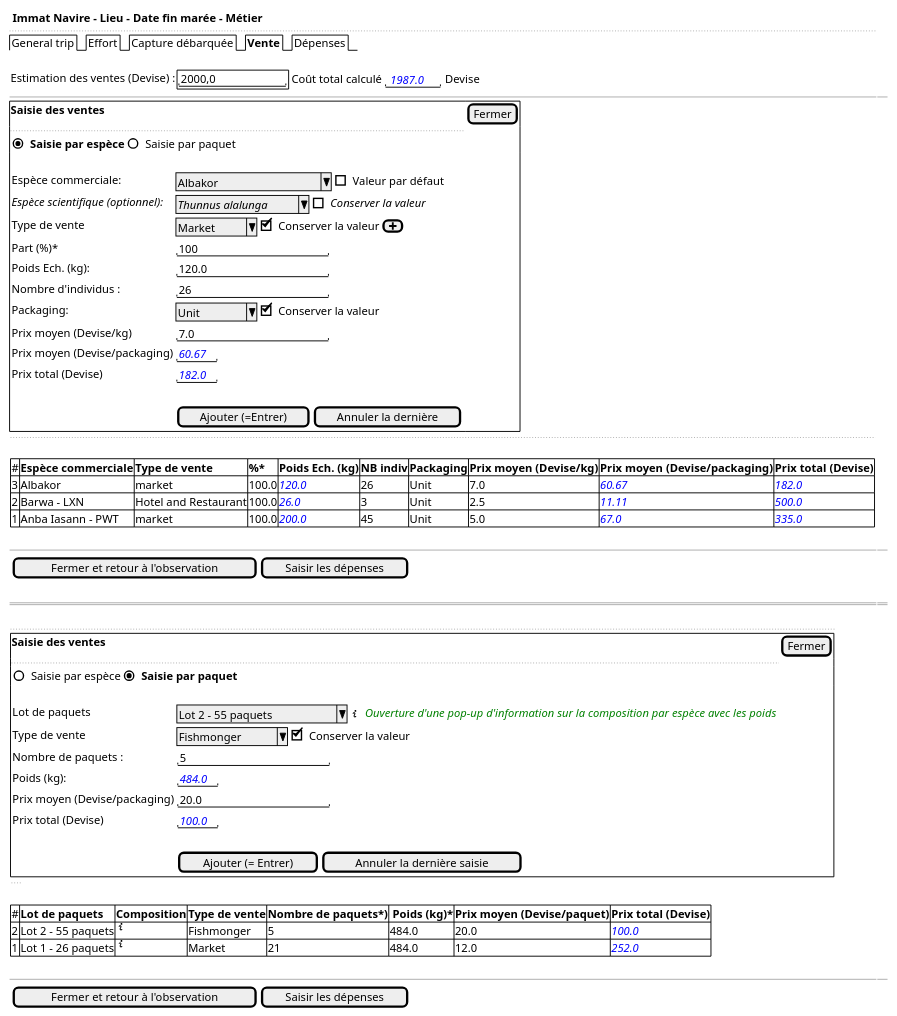
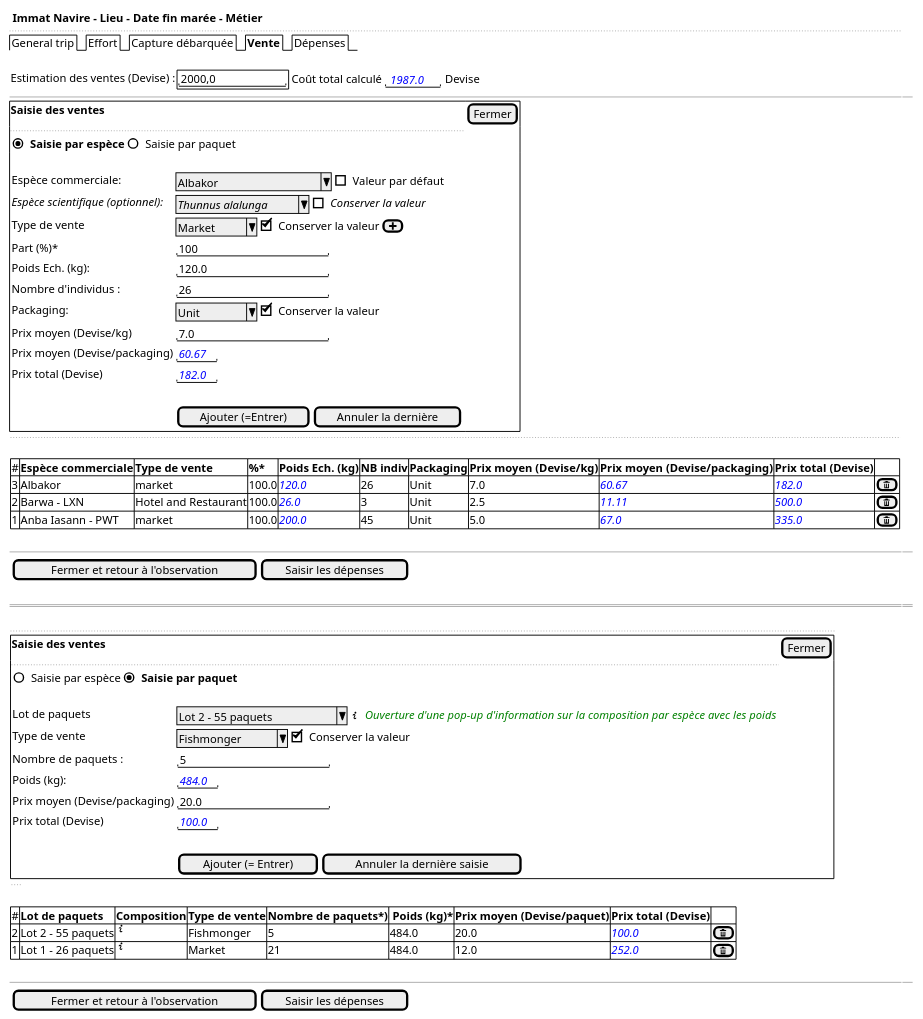
The diagram in use-case/collect/sales-expenses/landing-ui-sales-tablet.puml (sumaris-net/sumaris-doc), drawn with PlantUML before and after one commit. The commit also changed 20 other files, not shown here.

```diff
--- a/use-case/collect/sales-expenses/landing-ui-sales-tablet.puml
+++ b/use-case/collect/sales-expenses/landing-ui-sales-tablet.puml
@@ -1,77 +1,77 @@
 @startsalt
 {
   <b> Immat Navire - Lieu - Date fin marée - Métier
   ..
   {/ General trip | Effort | Capture débarquée | <b>Vente | Dépenses }
   .
   {Estimation des ventes (Devise) : {+"   2000,0     " } | {Coût total calculé  {"<color:blue><i> 1987.0"} Devise }}
   -- | --
   {+
     <b>Saisie des ventes | [Fermer]
     ..
     {(X) <b>Saisie par espèce | () Saisie par paquet }
     {
         .
         Espèce commerciale:                   | { ^Albakor            ^ | [] Valeur par défaut }
         <i>Espèce scientifique (optionnel):   | { ^<i>Thunnus alalunga^ | [] <i>Conserver la valeur }
         Type de vente                   | { ^Market   ^ | [X] Conserver la valeur | [<&plus>]}
         Part (%)* | { "  100               " }
         Poids Ech. (kg):                | { "     120.0          "  }
         Nombre d'individus :            | { "      26            "  }
         Packaging:                      | { ^Unit     ^ | [X] Conserver la valeur }
         Prix moyen (Devise/kg)          | { "               7.0  "  }
         Prix moyen (Devise/packaging)   | { "<color:blue><i>60.67"  }
         Prix total (Devise)             | { "<color:blue><i>182.0"  }
         .
         . |  {[Ajouter (=Entrer)] | [Annuler la dernière]}
     }
   }
     {
   ..
   .
       {#
-          # | <b>Espèce commerciale | <b>Type de vente     | <b>%* | <b>Poids Ech. (kg) | <b>NB indiv    | <b>Packaging | <b>Prix moyen (Devise/kg) | <b>Prix moyen (Devise/packaging) | <b>Prix total (Devise)
-          3 | Albakor               | market               | 100.0 | <color:blue><i>120.0           | 26 | Unit         | 7.0 | <color:blue><i>60.67 | <color:blue><i>182.0
-          2 | Barwa - LXN           | Hotel and Restaurant | 100.0 | <color:blue><i>26.0            | 3  | Unit         | 2.5 | <color:blue><i>11.11 | <color:blue><i>500.0
-          1 | Anba Iasann - PWT     | market               | 100.0 | <color:blue><i>200.0           | 45 | Unit         | 5.0 | <color:blue><i>67.0  | <color:blue><i>335.0
+          # | <b>Espèce commerciale | <b>Type de vente     | <b>%* | <b>Poids Ech. (kg) | <b>NB indiv    | <b>Packaging | <b>Prix moyen (Devise/kg) | <b>Prix moyen (Devise/packaging) | <b>Prix total (Devise) | .
+          3 | Albakor               | market               | 100.0 | <color:blue><i>120.0           | 26 | Unit         | 7.0 | <color:blue><i>60.67 | <color:blue><i>182.0    | [<&trash>]
+          2 | Barwa - LXN           | Hotel and Restaurant | 100.0 | <color:blue><i>26.0            | 3  | Unit         | 2.5 | <color:blue><i>11.11 | <color:blue><i>500.0    | [<&trash>]
+          1 | Anba Iasann - PWT     | market               | 100.0 | <color:blue><i>200.0           | 45 | Unit         | 5.0 | <color:blue><i>67.0  | <color:blue><i>335.0    | [<&trash>]
       }
     }
     .
     -- | --
     {{[Fermer et retour à l'observation] | [Saisir les dépenses]}}
   .
   == | ==
   .
   {
   ..
   {+
     <b>Saisie des ventes | [Fermer]
     ..
     {() Saisie par espèce | (X) <b>Saisie par paquet }
     {
         .
         Lot de paquets          | { ^ Lot 2 - 55 paquets  ^ | <&info> <color:green><i> Ouverture d'une pop-up d'information sur la composition par espèce avec les poids }
         Type de vente           | { ^Fishmonger   ^ | [X] Conserver la valeur }
         Nombre de paquets :     | { "          5         "  }
         Poids (kg):             | { "<color:blue><i>484.0"  }
         Prix moyen (Devise/packaging)   | { "         20.0       "  }
         Prix total (Devise)             | { "<color:blue><i>100.0"  }
         .
         . |  {[Ajouter (= Entrer)] | [Annuler la dernière saisie]}
     }
   }
     {
   ..
   .
 }
       {#
-          # | <b>Lot de paquets  | <b>Composition   | <b>Type de vente | <b>Nombre de paquets*) | <b> Poids (kg)* | <b>Prix moyen (Devise/paquet) | <b>Prix total (Devise)
-          2 | Lot 2 - 55 paquets | <&info>          | Fishmonger       | 5                      | 484.0           | 20.0                          | <color:blue><i>100.0
-          1 | Lot 1 - 26 paquets | <&info>          | Market           | 21                     | 484.0           | 12.0                          | <color:blue><i>252.0
+          # | <b>Lot de paquets  | <b>Composition   | <b>Type de vente | <b>Nombre de paquets*) | <b> Poids (kg)* | <b>Prix moyen (Devise/paquet) | <b>Prix total (Devise) | .
+          2 | Lot 2 - 55 paquets | <&info>          | Fishmonger       | 5                      | 484.0           | 20.0                          | <color:blue><i>100.0   | [<&trash>]
+          1 | Lot 1 - 26 paquets | <&info>          | Market           | 21                     | 484.0           | 12.0                          | <color:blue><i>252.0   | [<&trash>]
       }
   }
   .
   -- | --
   {{[Fermer et retour à l'observation] | [Saisir les dépenses]}}
 }
 @endsalt
```
